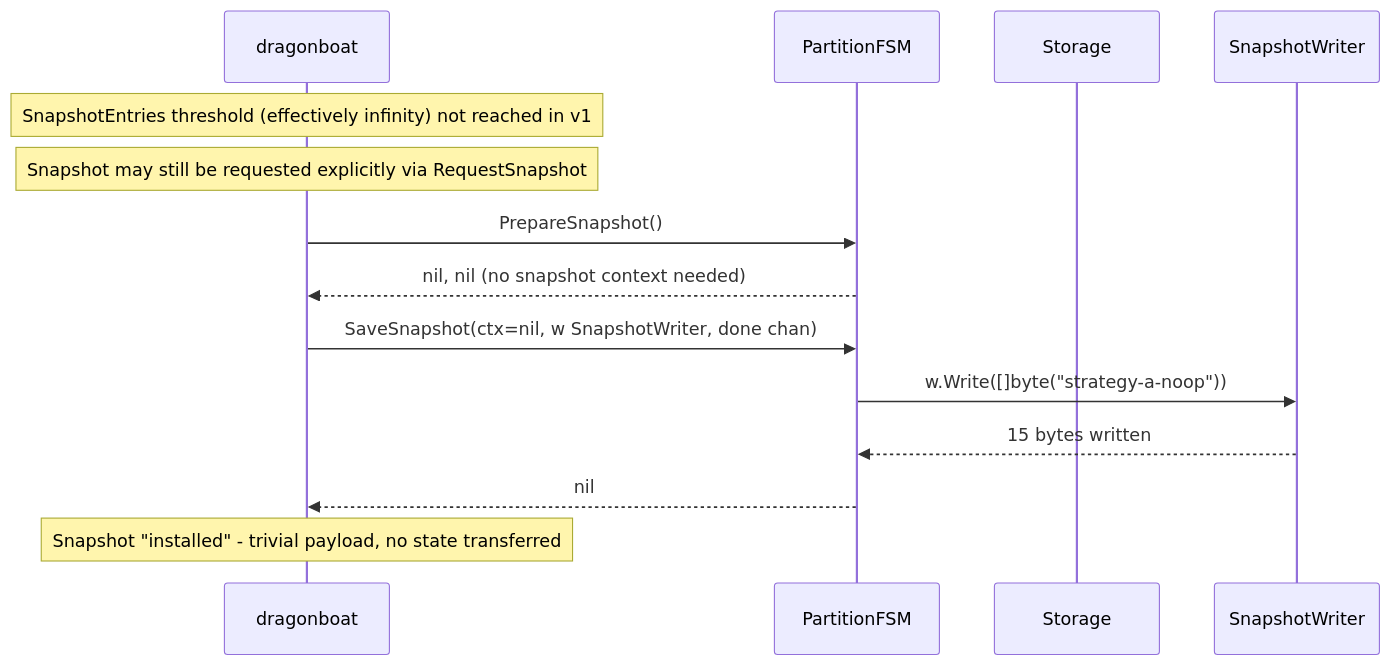
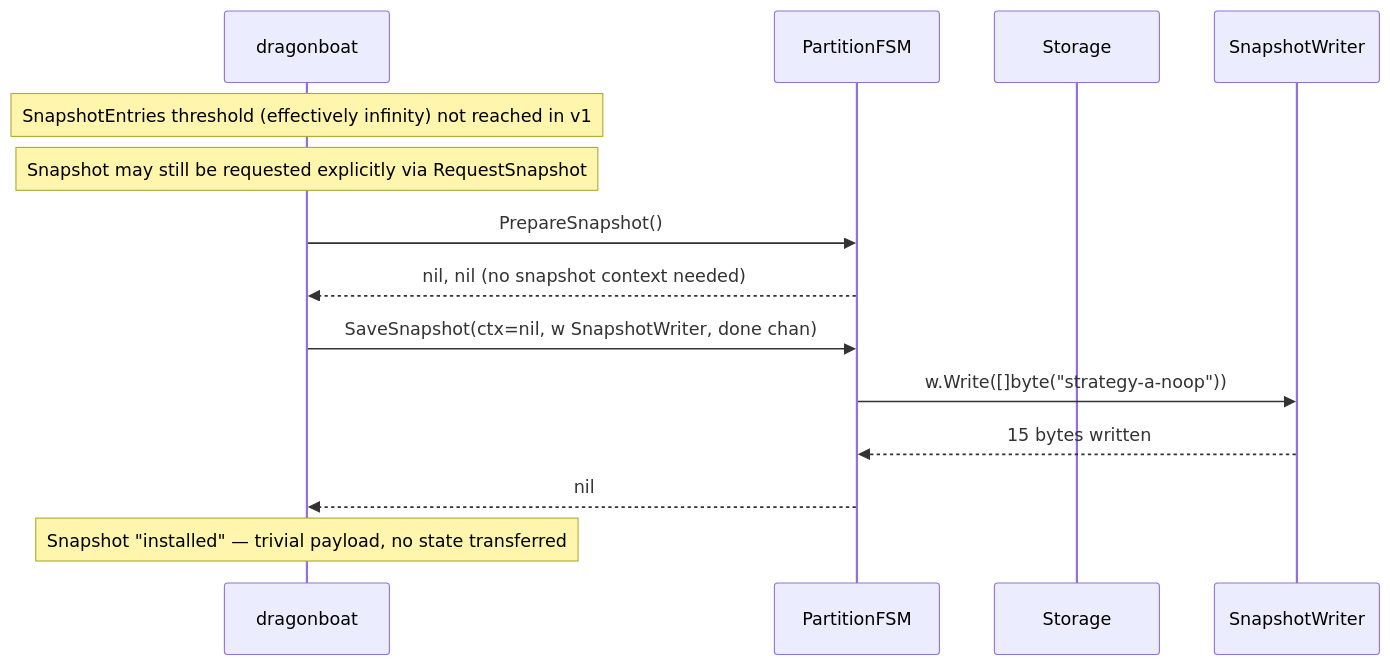
One commit to bunnymq/bunnymq changed the first of 3 diagrams in docs/design/sequence/raft-snapshot-partition.md. Above: the diagram before and after it, drawn with Mermaid. The commit also changed other lines of this file and 86 other files, not shown here.

````diff
--- a/docs/design/sequence/raft-snapshot-partition.md
+++ b/docs/design/sequence/raft-snapshot-partition.md
@@ -5,20 +5,20 @@
 ```mermaid
 sequenceDiagram
     participant DB as dragonboat
     participant FSM as PartitionFSM
     participant STR as Storage
     participant SW as SnapshotWriter
 
     Note over DB: SnapshotEntries threshold (effectively infinity) not reached in v1
     Note over DB: Snapshot may still be requested explicitly via RequestSnapshot
 
     DB->>FSM: PrepareSnapshot()
     FSM-->>DB: nil, nil  (no snapshot context needed)
 
     DB->>FSM: SaveSnapshot(ctx=nil, w SnapshotWriter, done chan)
     FSM->>SW: w.Write([]byte("strategy-a-noop"))
     SW-->>FSM: 15 bytes written
     FSM-->>DB: nil
 
-    Note over DB: Snapshot "installed" - trivial payload, no state transferred
+    Note over DB: Snapshot "installed" — trivial payload, no state transferred
 ```
````
